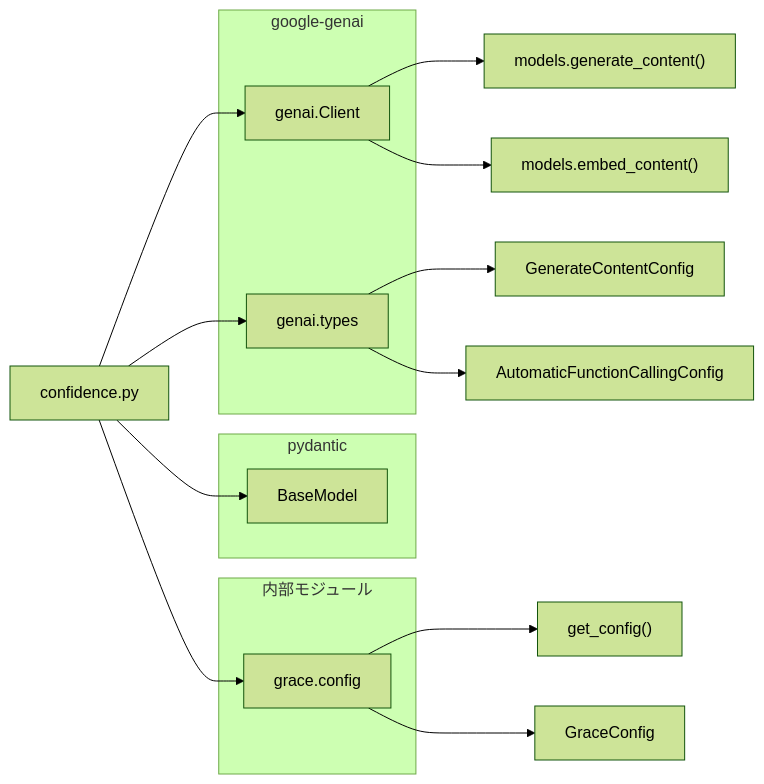
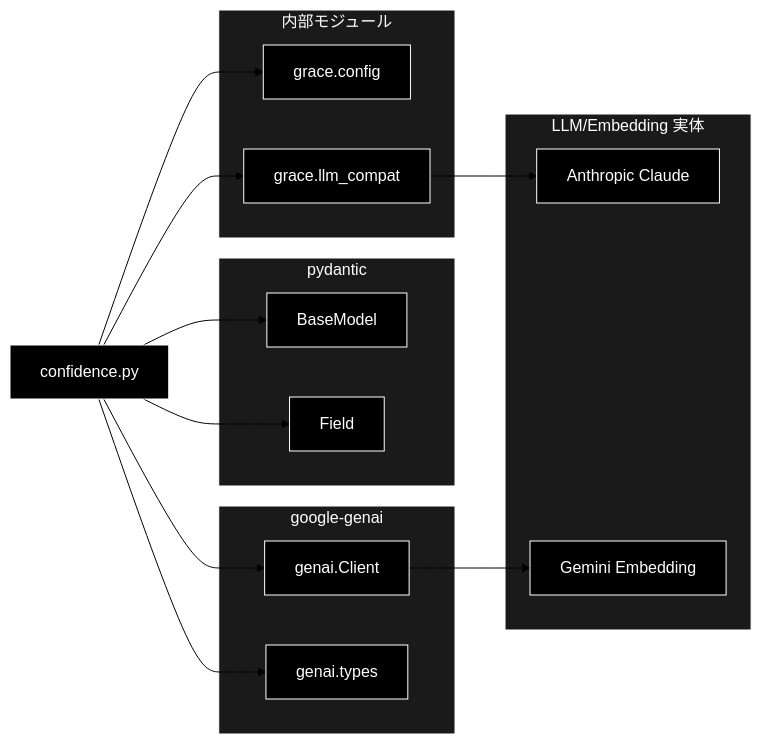
Before and after one commit to nakashima2toshio/anthropic_grace_agent_v2: the third of 3 diagrams in grace/doc/confidence.md, drawn with Mermaid (forest theme). The commit also changed other lines of this file and 9 other files, not shown here.

````diff
--- a/grace/doc/confidence.md
+++ b/grace/doc/confidence.md
@@ -1530,29 +1541,40 @@
 ```mermaid
 flowchart LR
-    CONFIDENCE["confidence.py"]
+    MODULE["confidence.py"]
 
-    subgraph GOOGLE["google-genai"]
-        GENAI["genai.Client"]
+    subgraph GENAI["google-genai"]
+        CLIENT["genai.Client"]
         TYPES["genai.types"]
     end
 
-    subgraph PYDANTIC["pydantic"]
-        BASEMODEL["BaseModel"]
+    subgraph PYD["pydantic"]
+        BASE["BaseModel"]
+        FIELD["Field"]
     end
 
     subgraph INTERNAL["内部モジュール"]
         CONFIG["grace.config"]
+        COMPAT["grace.llm_compat"]
     end
 
-    CONFIDENCE --> GENAI
-    CONFIDENCE --> TYPES
-    CONFIDENCE --> BASEMODEL
-    CONFIDENCE --> CONFIG
+    subgraph EXTLLM["LLM/Embedding 実体"]
+        ANTHROPIC["Anthropic Claude"]
+        GEMINI["Gemini Embedding"]
+    end
 
-    GENAI --> G1["models.generate_content()"]
-    GENAI --> G2["models.embed_content()"]
-    TYPES --> T1["GenerateContentConfig"]
-    TYPES --> T2["AutomaticFunctionCallingConfig"]
-    CONFIG --> C1["get_config()"]
-    CONFIG --> C2["GraceConfig"]
+    MODULE --> CLIENT
+    MODULE --> TYPES
+    MODULE --> BASE
+    MODULE --> FIELD
+    MODULE --> CONFIG
+    MODULE --> COMPAT
+    COMPAT --> ANTHROPIC
+    CLIENT --> GEMINI
+classDef default fill:#000,stroke:#fff,color:#fff
+classDef subgraphStyle fill:#1a1a1a,stroke:#fff,color:#fff
+class MODULE,CLIENT,TYPES,BASE,FIELD,CONFIG,COMPAT,ANTHROPIC,GEMINI default
+style GENAI fill:#1a1a1a,stroke:#fff,color:#fff
+style PYD fill:#1a1a1a,stroke:#fff,color:#fff
+style INTERNAL fill:#1a1a1a,stroke:#fff,color:#fff
+style EXTLLM fill:#1a1a1a,stroke:#fff,color:#fff
 ```
````
